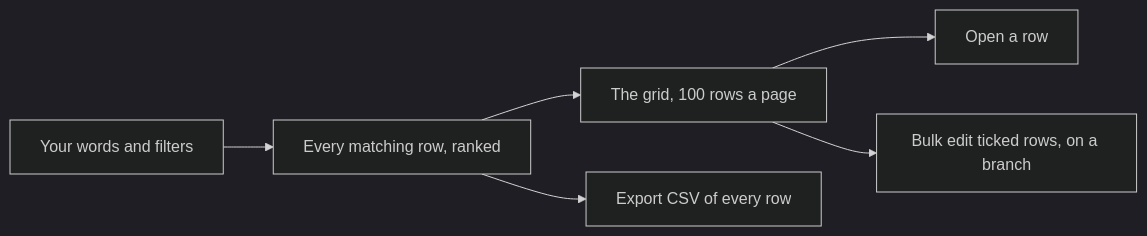
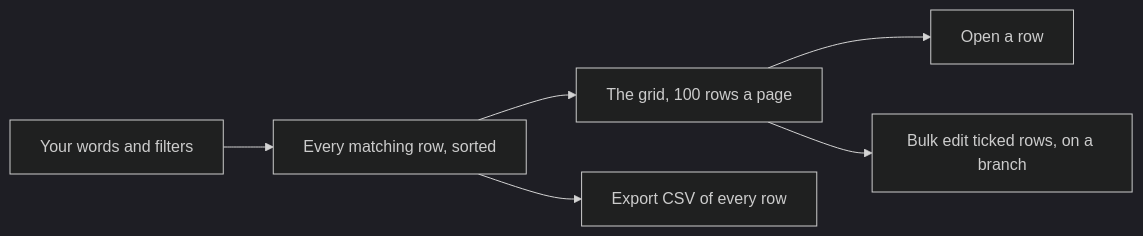
Before and after one commit to roanboc/dbx-enterprise-architecture: the diagram in docs/guide/screens/browse.md, drawn with Mermaid (dark theme). The commit also changed other lines of this file and 13 other files, not shown here.

First line of the commit message:
docs(guide): every screen's help checked against the code, and the product drawn in one plain flow

````diff
--- a/docs/guide/screens/browse.md
+++ b/docs/guide/screens/browse.md
@@ -36,8 +36,8 @@
 ```mermaid
 flowchart LR
-  a["Your words and filters"] --> b["Every matching row, ranked"]
+  a["Your words and filters"] --> b["Every matching row, sorted"]
   b --> c["The grid, 100 rows a page"]
   c --> d["Open a row"]
   c --> e["Bulk edit ticked rows, on a branch"]
   b --> f["Export CSV of every row"]
 ```
````
